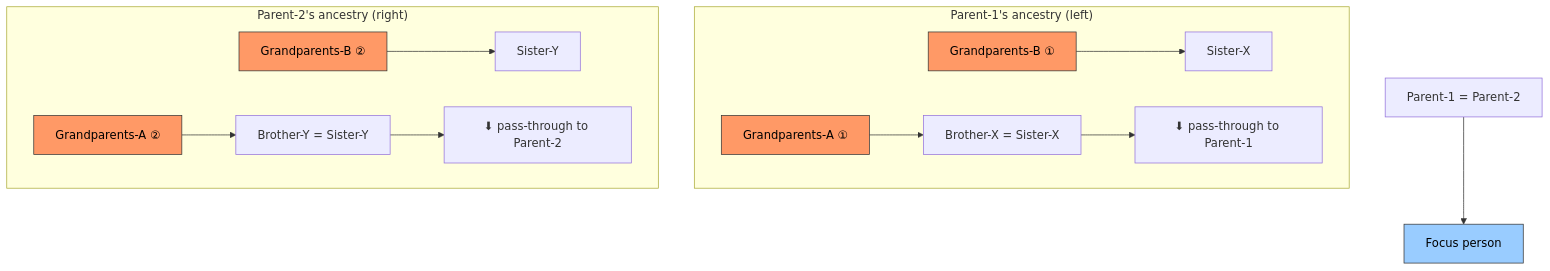
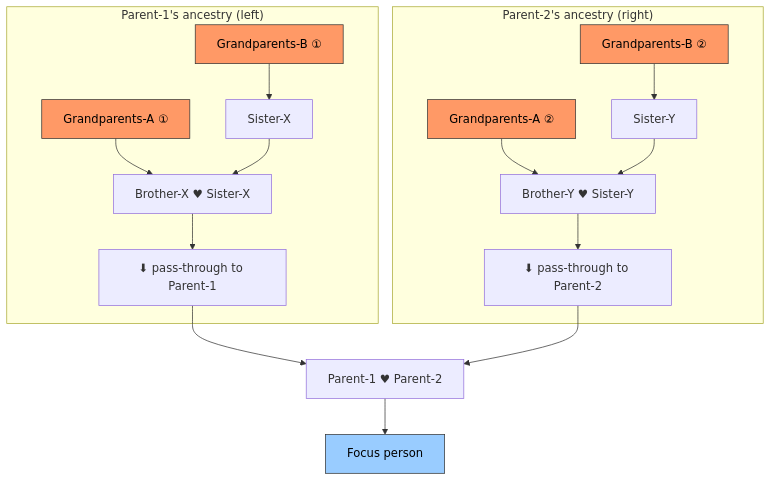
One commit to san650/ancestry changed the ninth of 13 diagrams in lib/ancestry/people/CLAUDE.md. Above: the diagram before and after it, drawn with Mermaid. The commit also changed other lines of this file, not shown here.

Commit message:
Improve the graphs

````diff
--- a/lib/ancestry/people/CLAUDE.md
+++ b/lib/ancestry/people/CLAUDE.md
@@ -235,27 +247,30 @@
 ```mermaid
-graph TD
+flowchart TD
     subgraph p1_side ["Parent-1's ancestry (left)"]
         GPA1["Grandparents-A ①"]
         GPB1["Grandparents-B ①"]
-        GPA1 --> BX1["Brother-X = Sister-X"]
+        GPA1 --> BX1["Brother-X ♥ Sister-X"]
         GPB1 --> SX1["Sister-X"]
+        SX1 --> BX1
         BX1 --> P1_pt["⬇ pass-through to Parent-1"]
     end
 
     subgraph p2_side ["Parent-2's ancestry (right)"]
         GPA2["Grandparents-A ②"]
         GPB2["Grandparents-B ②"]
-        GPA2 --> BY1["Brother-Y = Sister-Y"]
+        GPA2 --> BY1["Brother-Y ♥ Sister-Y"]
         GPB2 --> SY1["Sister-Y"]
+        SY1 --> BY1
         BY1 --> P2_pt["⬇ pass-through to Parent-2"]
     end
 
-    ML["Parent-1 = Parent-2"]
+    P1_pt --> ML["Parent-1 ♥ Parent-2"]
+    P2_pt --> ML
     ML --> Focus["Focus person"]
 
     style GPA1 fill:#f96,stroke:#333,color:#000
     style GPA2 fill:#f96,stroke:#333,color:#000
     style GPB1 fill:#f96,stroke:#333,color:#000
     style GPB2 fill:#f96,stroke:#333,color:#000
     style Focus fill:#9cf,stroke:#333,color:#000
 ```
````
